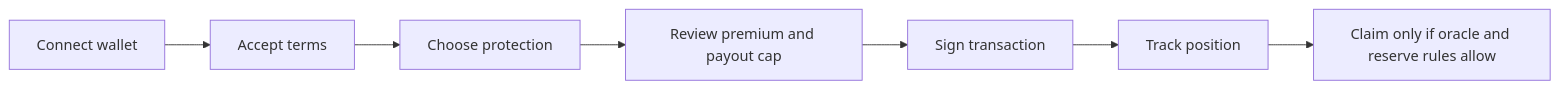
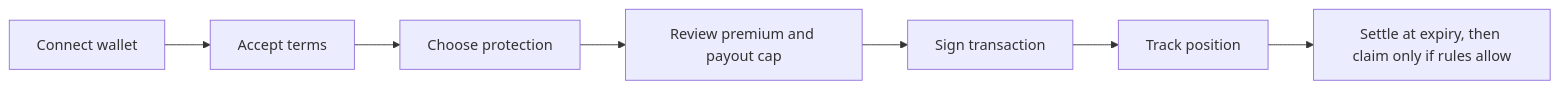
One commit to CoverFI-space/coverfi-docs changed the diagram in index.mdx. Above: the diagram before and after it, drawn with Mermaid. The commit also changed other lines of this file and 28 other files, not shown here.

First line of the commit message:
Add technical architecture page and sync docs with current workspace

````diff
--- a/index.mdx
+++ b/index.mdx
@@ -44,9 +47,9 @@
 ```mermaid
 flowchart LR
   A[Connect wallet] --> B[Accept terms]
   B --> C[Choose protection]
   C --> D[Review premium and payout cap]
   D --> E[Sign transaction]
   E --> F[Track position]
-  F --> G[Claim only if oracle and reserve rules allow]
+  F --> G[Settle at expiry, then claim only if rules allow]
 ```
````
